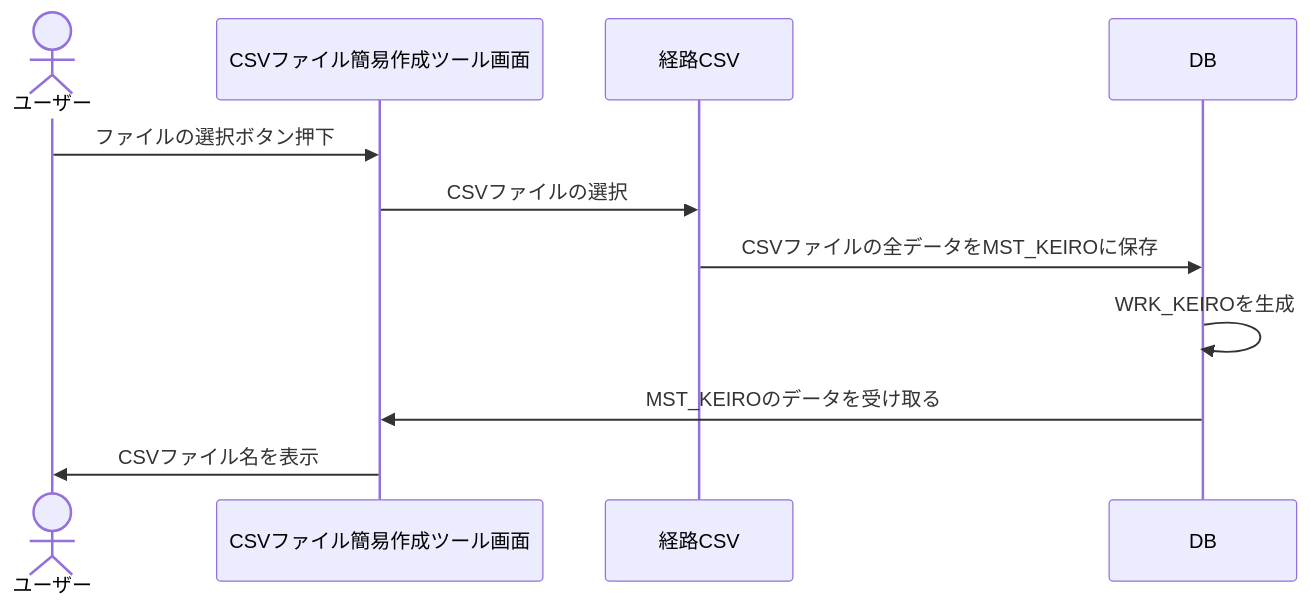
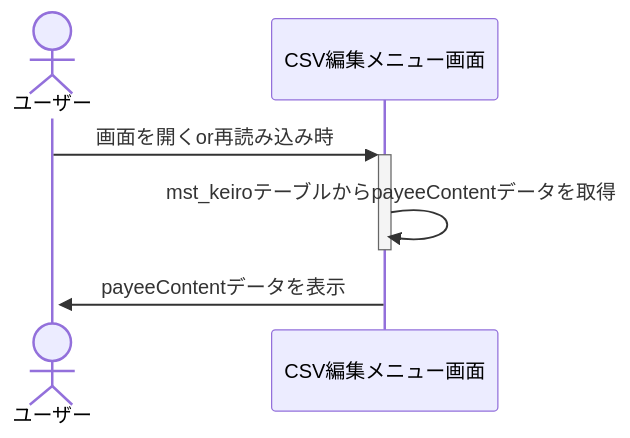
One commit to brain-yuhei/CsvCreateTool changed the second of 7 diagrams in AttrMF/csvdownload/csvcreate/docs/CreateKeiro.md. Above: the diagram before and after it, drawn with Mermaid. The commit also changed other lines of this file and 16 other files, not shown here.

````diff
--- a/AttrMF/csvdownload/csvcreate/docs/CreateKeiro.md
+++ b/AttrMF/csvdownload/csvcreate/docs/CreateKeiro.md
@@ -291,15 +141,10 @@
 ```mermaid
 sequenceDiagram
 actor 1 as ユーザー
-participant 2 as CSVファイル簡易作成ツール画面
-participant 3 as 経路CSV
-participant 4 as DB
+participant 2 as CSV編集メニュー画面
 
-1->>2: ファイルの選択ボタン押下
-2->>3: CSVファイルの選択
-3->>4: CSVファイルの全データをMST_KEIROに保存
-4->>4: WRK_KEIROを生成
-4->>2: MST_KEIROのデータを受け取る
-2->>1: CSVファイル名を表示
+1->>+2: 画面を開くor再読み込み時
+2->>-2: mst_keiroテーブルからpayeeContentデータを取得
+2->>+1: payeeContentデータを表示
 
 ```
````
